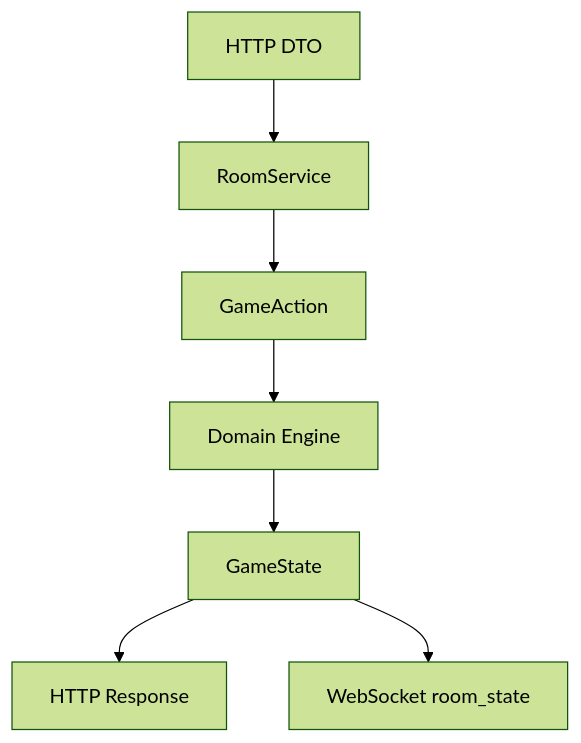
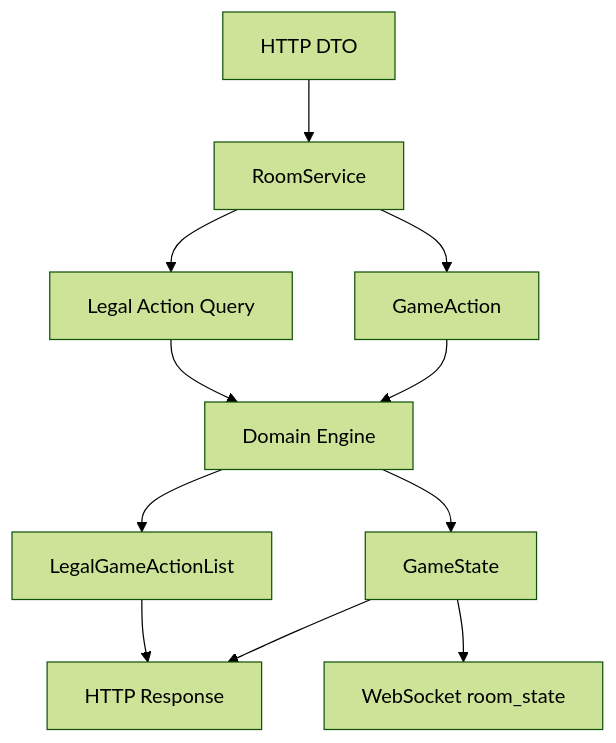
The first of 4 diagrams in docs/模块设计/01-游戏引擎与房间同步.md (Lyinsun/splendor-ts), drawn with Mermaid (forest theme) before and after one commit. The commit also changed other lines of this file and 33 other files, not shown here.

````diff
--- a/docs/模块设计/01-游戏引擎与房间同步.md
+++ b/docs/模块设计/01-游戏引擎与房间同步.md
@@ -9,9 +9,13 @@
 ```mermaid
 flowchart TD
     A["HTTP DTO"] --> B["RoomService"]
     B --> C["GameAction"]
     C --> D["Domain Engine"]
+    B --> Q["Legal Action Query"]
+    Q --> D
     D --> E["GameState"]
+    D --> L["LegalGameActionList"]
     E --> F["HTTP Response"]
     E --> G["WebSocket room_state"]
+    L --> F
 ```
````
